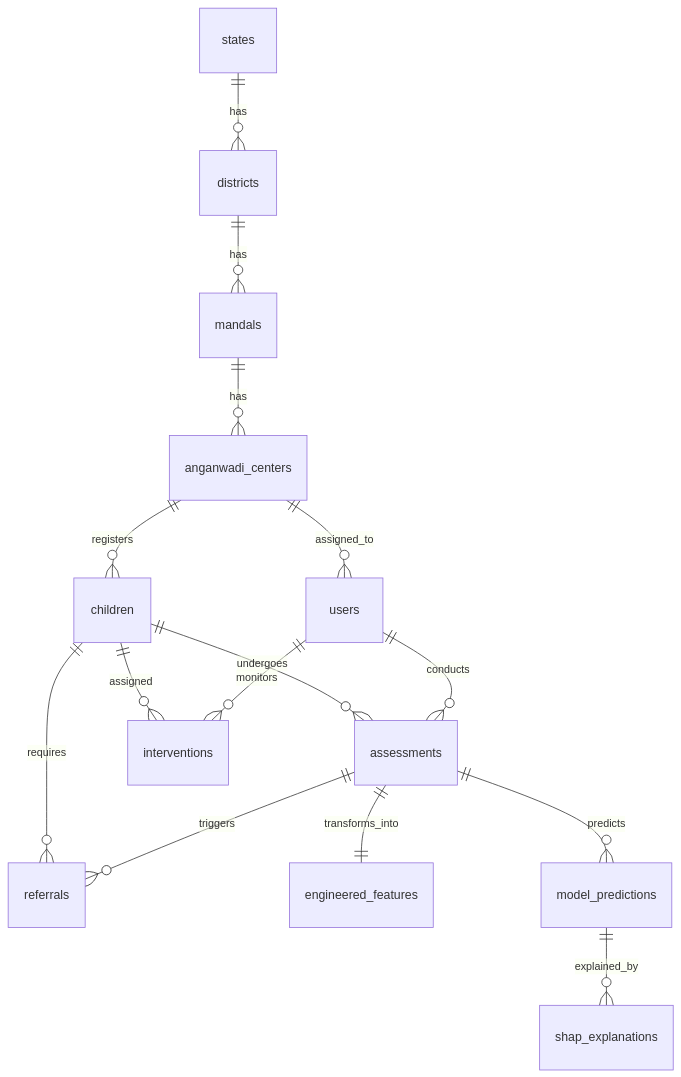
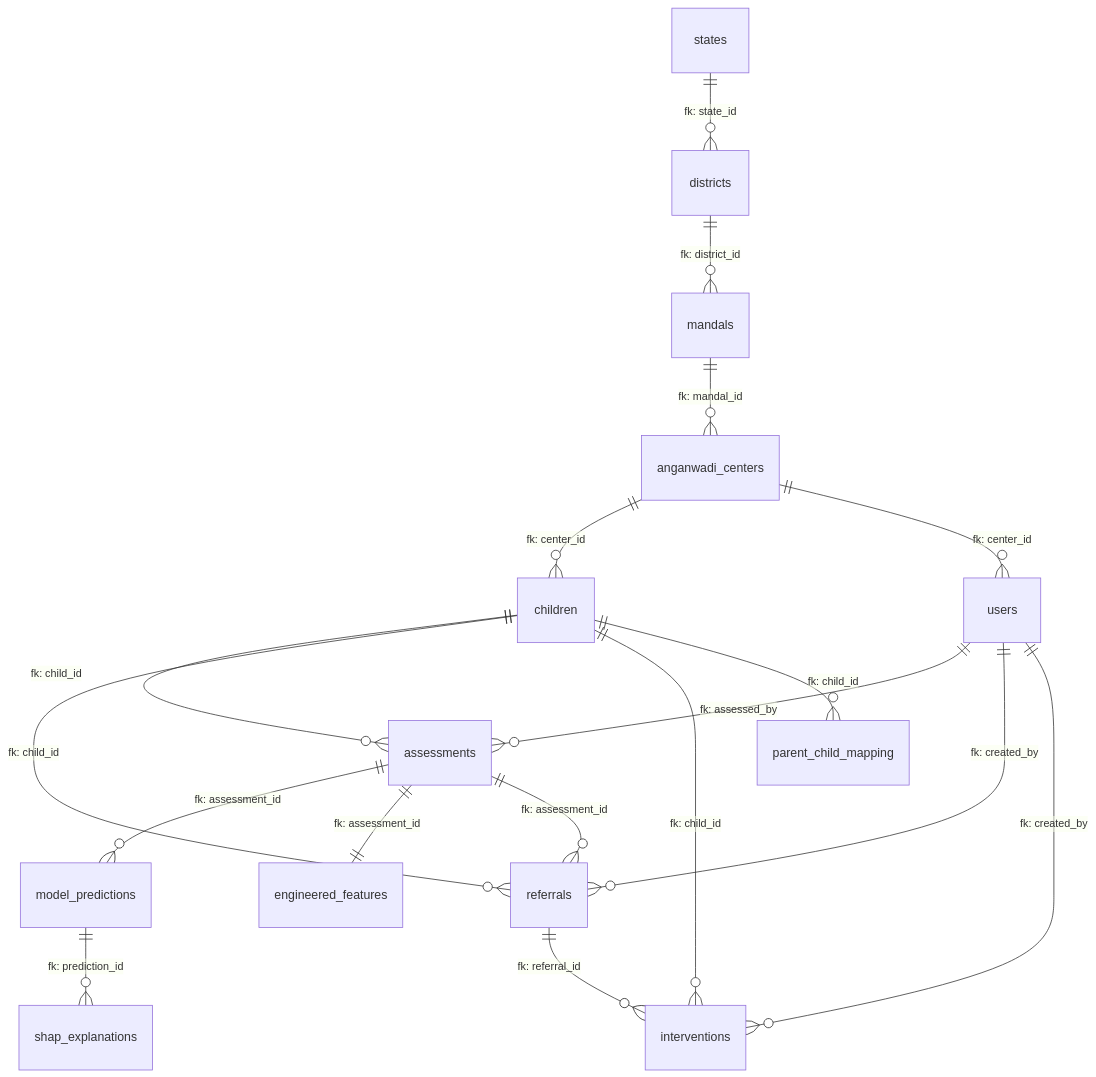
Before and after one commit to shaik7867867860089-stack/Autism: the third of 3 diagrams in PROJECT_DOCUMENTATION.md, drawn with Mermaid. The commit also changed other lines of this file, not shown here.

````diff
--- a/PROJECT_DOCUMENTATION.md
+++ b/PROJECT_DOCUMENTATION.md
@@ -138,21 +151,26 @@
 ```mermaid
 erDiagram
-    states ||--o{ districts : "has"
-    districts ||--o{ mandals : "has"
-    mandals ||--o{ anganwadi_centers : "has"
-    anganwadi_centers ||--o{ children : "registers"
-    anganwadi_centers ||--o{ users : "assigned_to"
+    states ||--o{ districts : "fk: state_id"
+    districts ||--o{ mandals : "fk: district_id"
+    mandals ||--o{ anganwadi_centers : "fk: mandal_id"
     
-    children ||--o{ assessments : "undergoes"
-    children ||--o{ interventions : "assigned"
-    children ||--o{ referrals : "requires"
+    anganwadi_centers ||--o{ children : "fk: center_id"
+    anganwadi_centers ||--o{ users : "fk: center_id"
     
-    assessments ||--|| engineered_features : "transforms_into"
-    assessments ||--o{ model_predictions : "predicts"
-    assessments ||--o{ referrals : "triggers"
+    users ||--o{ assessments : "fk: assessed_by"
+    users ||--o{ referrals : "fk: created_by"
+    users ||--o{ interventions : "fk: created_by"
     
-    model_predictions ||--o{ shap_explanations : "explained_by"
+    children ||--o{ assessments : "fk: child_id"
+    children ||--o{ referrals : "fk: child_id"
+    children ||--o{ interventions : "fk: child_id"
+    children ||--o{ parent_child_mapping : "fk: child_id"
     
-    users ||--o{ assessments : "conducts"
-    users ||--o{ interventions : "monitors"
+    assessments ||--o{ model_predictions : "fk: assessment_id"
+    assessments ||--|| engineered_features : "fk: assessment_id"
+    assessments ||--o{ referrals : "fk: assessment_id"
+    
+    model_predictions ||--o{ shap_explanations : "fk: prediction_id"
+    
+    referrals ||--o{ interventions : "fk: referral_id"
 ```
````
